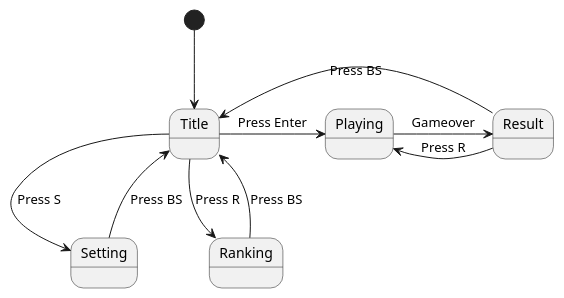
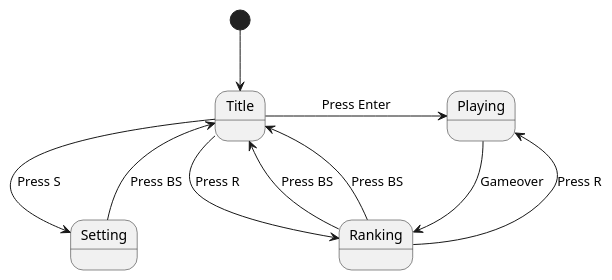
One commit to esyScGithub/AOmushi changed the first of 2 diagrams in AomushI_state.pu. Above: the diagram before and after it, drawn with PlantUML. The commit also changed other lines of this file, not shown here.

Commit message:
Rename state. and Add new state figure.

```diff
--- a/AomushI_state.pu
+++ b/AomushI_state.pu
@@ -1,22 +1,21 @@
 @startuml gameState
 
-state "Title" as title
-state "Playing" as play
-state "Result" as result
-state "Setting" as setting
-state "Ranking" as rank
+state "Title" as t
+state "Playing" as p
+state "Result" as r
+state "Setting" as s
+state "Ranking" as r
 
-[*] -d-> title
-title -r-> play : Press Enter
-play -[hidden]d-> rank
-setting -[hidden]r-> rank
-title -> rank : Press R
-rank -u-> title : Press BS
-title -d-> setting : Press S
-setting -u-> title : Press BS
-play -r-> result : Gameover
-result -l-> title : Press BS
-result -l-> play : Press R
-
+[*] -d-> t
+t -r-> p : Press Enter
+p -[hidden]d-> r
+s -[hidden]r-> r
+t -> r : Press R
+r -u-> t : Press BS
+t -d-> s : Press S
+s -u-> t : Press BS
+p -r-> r : Gameover
+r -l-> t : Press BS
+r -l-> p : Press R
 
 @enduml
```
